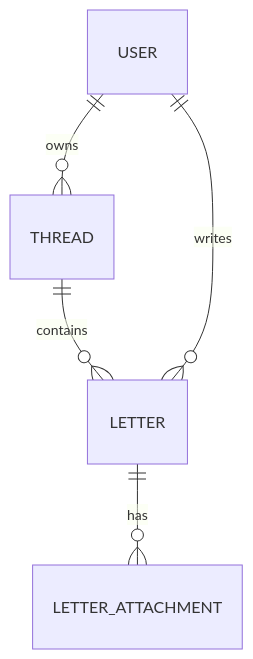
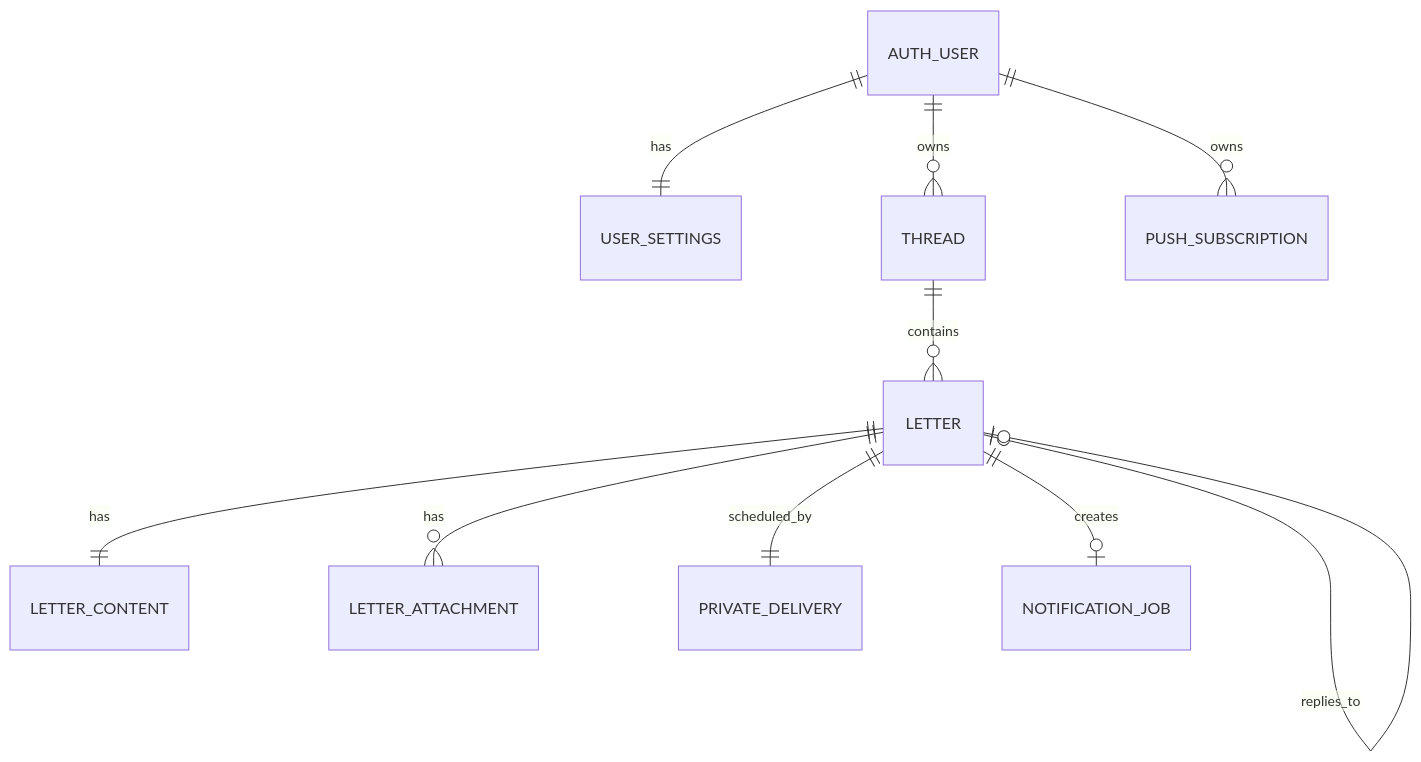
One commit to hondasports-dev/Re-Me changed the diagram in docs/architecture/data-model.md. Above: the diagram before and after it, drawn with Mermaid. The commit also changed other lines of this file, not shown here.

````diff
--- a/docs/architecture/data-model.md
+++ b/docs/architecture/data-model.md
@@ -5,7 +7,13 @@
 ```mermaid
 erDiagram
-    USER ||--o{ THREAD : owns
+    AUTH_USER ||--|| USER_SETTINGS : has
+    AUTH_USER ||--o{ THREAD : owns
     THREAD ||--o{ LETTER : contains
-    USER ||--o{ LETTER : writes
+    LETTER ||--|| LETTER_CONTENT : has
     LETTER ||--o{ LETTER_ATTACHMENT : has
+    LETTER o|--o| LETTER : replies_to
+    AUTH_USER ||--o{ PUSH_SUBSCRIPTION : owns
+
+    LETTER ||--|| PRIVATE_DELIVERY : scheduled_by
+    LETTER ||--o| NOTIFICATION_JOB : creates
 ```
````
